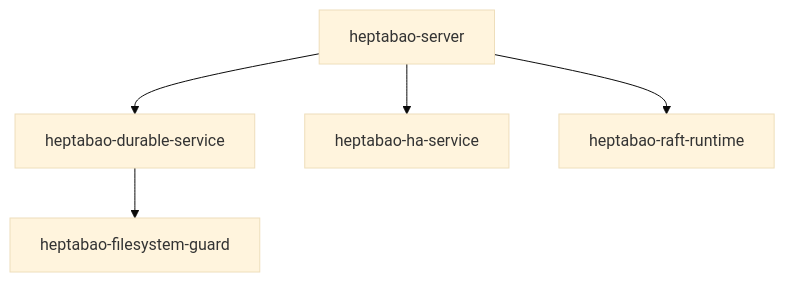
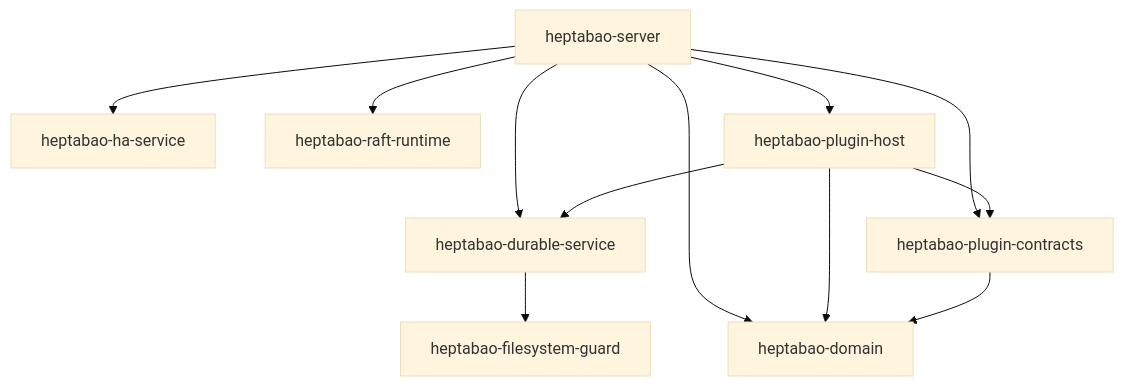
One commit to TrillionniumFoundation/HeptaBao changed the first of 2 diagrams in docs/architecture/HEPTABAO_CURRENT_RUNTIME_ARCHITECTURE.md. Above: the diagram before and after it, drawn with Mermaid (base theme). The commit also changed other lines of this file and 57 other files, not shown here.

````diff
--- a/docs/architecture/HEPTABAO_CURRENT_RUNTIME_ARCHITECTURE.md
+++ b/docs/architecture/HEPTABAO_CURRENT_RUNTIME_ARCHITECTURE.md
@@ -9,7 +9,14 @@
 ```mermaid
 flowchart TD
     Server["heptabao-server"] --> Durable["heptabao-durable-service"]
     Server --> Transport["heptabao-ha-service"]
     Server --> Raft["heptabao-raft-runtime"]
     Durable --> Guard["heptabao-filesystem-guard"]
+    Server --> Domain["heptabao-domain"]
+    Server --> Contracts["heptabao-plugin-contracts"]
+    Server --> Plugin["heptabao-plugin-host"]
+    Plugin --> Durable
+    Plugin --> Contracts
+    Plugin --> Domain
+    Contracts --> Domain
 ```
````
